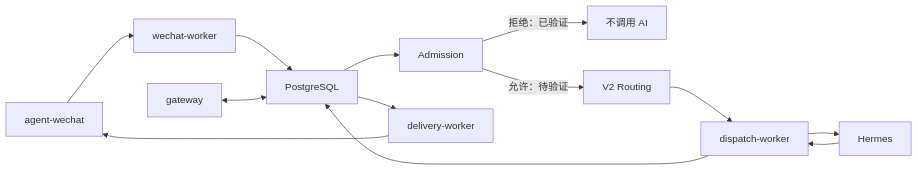
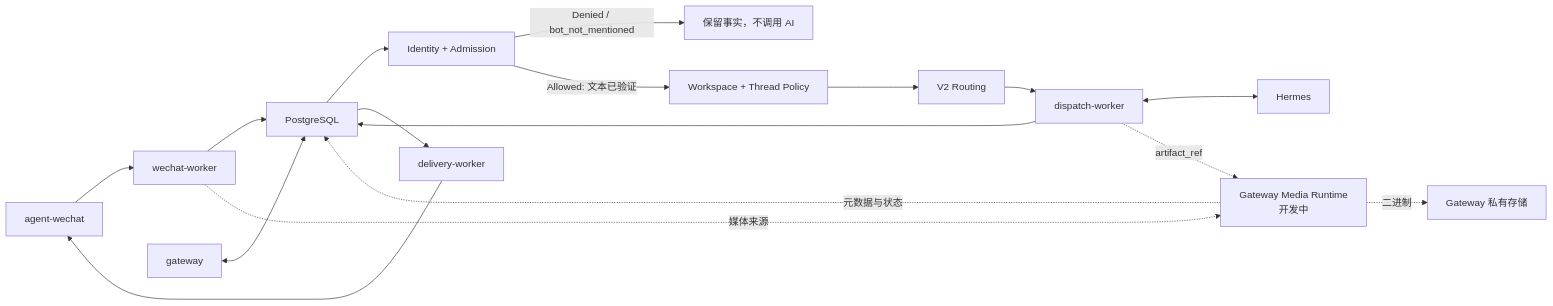
Before and after one commit to Tangbohu09527/CF_ecommerce-automation-docs: the diagram in architecture/component-map.md, drawn with Mermaid. The commit also changed other lines of this file and 16 other files, not shown here.

Commit message:
docs: sync private group and media runtime status

````diff
--- a/architecture/component-map.md
+++ b/architecture/component-map.md
@@ -21,10 +22,15 @@
 ```mermaid
 flowchart LR
     AW["agent-wechat"] --> WW["wechat-worker"] --> PG["PostgreSQL"]
-    PG --> AD["Admission"]
-    AD -->|"拒绝：已验证"| R["不调用 AI"]
-    AD -->|"允许：待验证"| VR["V2 Routing"] --> DW["dispatch-worker"]
-    DW --> H["Hermes"] --> DW
+    PG --> AD["Identity + Admission"]
+    AD -->|"Denied / bot_not_mentioned"| R["保留事实，不调用 AI"]
+    AD -->|"Allowed: 文本已验证"| TP["Workspace + Thread Policy"]
+    TP --> VR["V2 Routing"] --> DW["dispatch-worker"]
+    DW <--> H["Hermes"]
     DW --> PG --> DLW["delivery-worker"] --> AW
     G["gateway"] <--> PG
+    WW -. "媒体来源" .-> MR["Gateway Media Runtime<br/>开发中"]
+    DW -. "artifact_ref" .-> MR
+    MR -. "元数据与状态" .-> PG
+    MR -. "二进制" .-> PS["Gateway 私有存储"]
 ```
````
